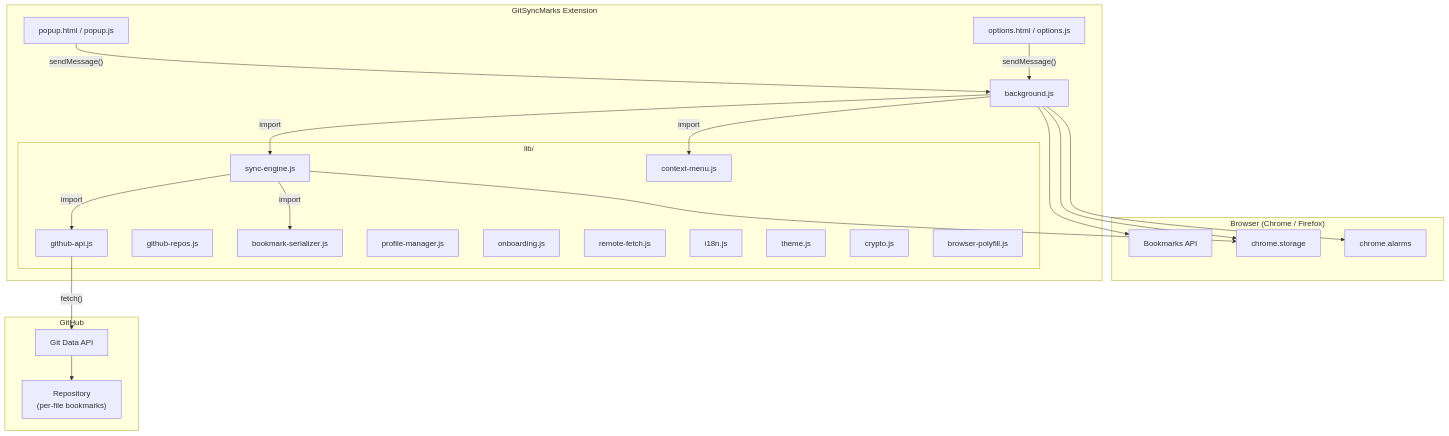
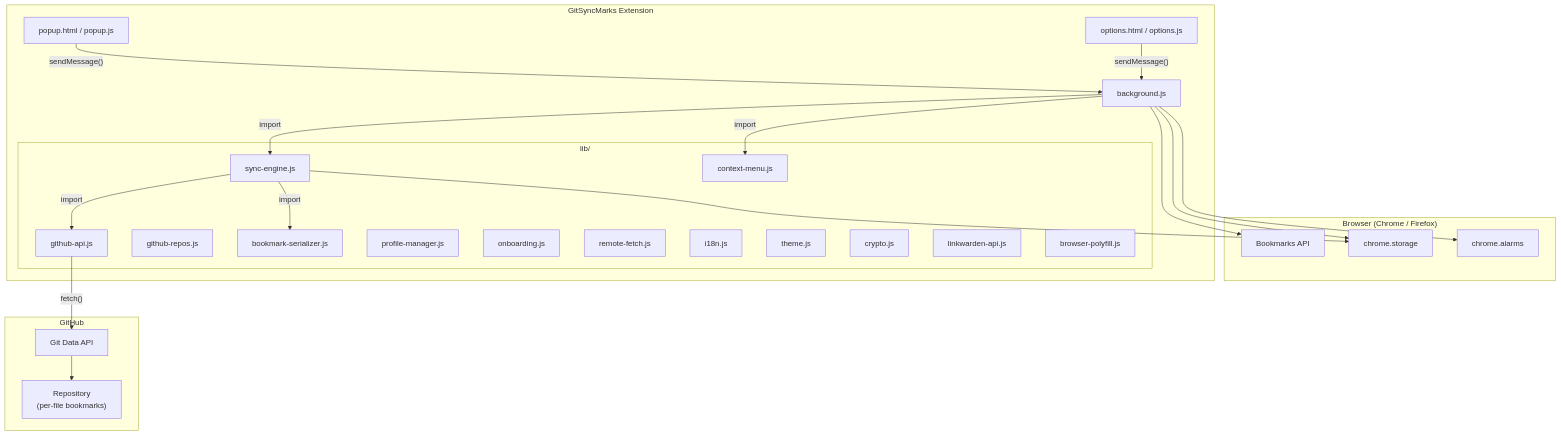
One commit to d0dg3r/GitSyncMarks changed the diagram in docs/ARCHITECTURE.md. Above: the diagram before and after it, drawn with Mermaid. The commit also changed other lines of this file and 5 other files, not shown here.

````diff
--- a/docs/ARCHITECTURE.md
+++ b/docs/ARCHITECTURE.md
@@ -7,46 +7,47 @@
 ```mermaid
 flowchart TB
     subgraph Browser["Browser (Chrome / Firefox)"]
         BM["Bookmarks API"]
         Storage["chrome.storage"]
         Alarms["chrome.alarms"]
     end
 
     subgraph Extension["GitSyncMarks Extension"]
         BG["background.js"]
         Popup["popup.html / popup.js"]
         Options["options.html / options.js"]
         subgraph Lib["lib/"]
             SE["sync-engine.js"]
             GH["github-api.js"]
             GR["github-repos.js"]
             BS["bookmark-serializer.js"]
             PM["profile-manager.js"]
             OB["onboarding.js"]
             RF["remote-fetch.js"]
             I18N["i18n.js"]
             Theme["theme.js"]
             Crypto["crypto.js"]
             CM["context-menu.js"]
+            LW["linkwarden-api.js"]
             Polyfill["browser-polyfill.js"]
         end
     end
 
     subgraph Remote["GitHub"]
         GitAPI["Git Data API"]
         Repo["Repository\n(per-file bookmarks)"]
     end
 
     Popup -- "sendMessage()" --> BG
     Options -- "sendMessage()" --> BG
     BG -- "import" --> CM
     BG -- "import" --> SE
     SE -- "import" --> GH
     SE -- "import" --> BS
     BG --> BM
     BG --> Storage
     BG --> Alarms
     SE --> Storage
     GH -- "fetch()" --> GitAPI
     GitAPI --> Repo
 ```
````
